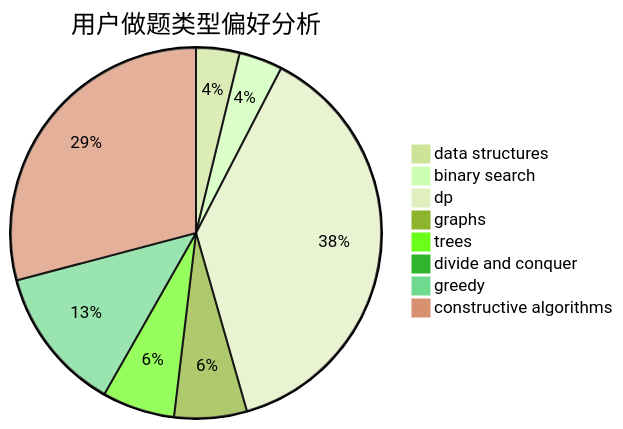
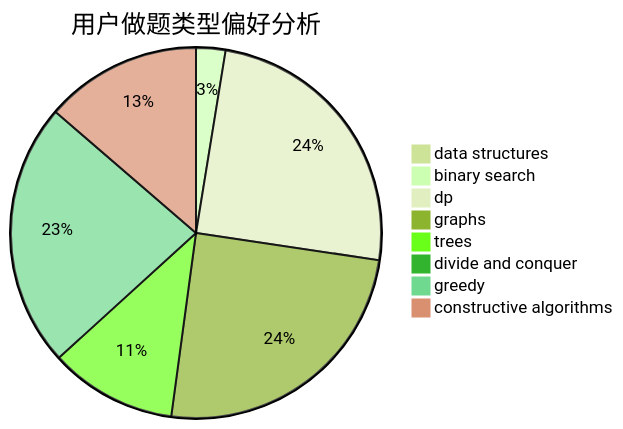
One commit to sherpahu/cfrs.github.io changed the second of 3 diagrams in docs/user/u2615.md. Above: the diagram before and after it, drawn with Mermaid (forest theme). The commit also changed other lines of this file and 2770 other files, not shown here.

````diff
--- a/docs/user/u2615.md
+++ b/docs/user/u2615.md
@@ -23,11 +23,11 @@
 ```mermaid
 pie title 用户做题类型偏好分析
-    "data structures" :  3
+    "data structures" :  1
     "binary search" :  3
-    "dp" :  30
-    "graphs" :  5
-    "trees" :  5
-    "divide and conquer" :  0
-    "greedy" :  10
-    "constructive algorithms" :  23
+    "dp" :  29
+    "graphs" :  29
+    "trees" :  13
+    "divide and conquer" :  1
+    "greedy" :  27
+    "constructive algorithms" :  16
 ```
````
